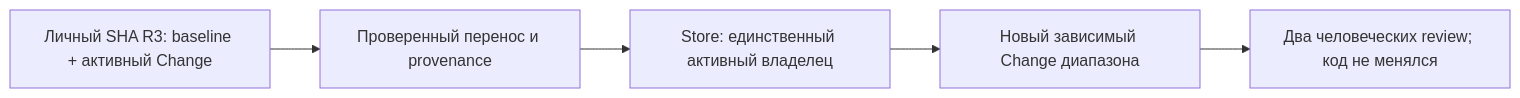
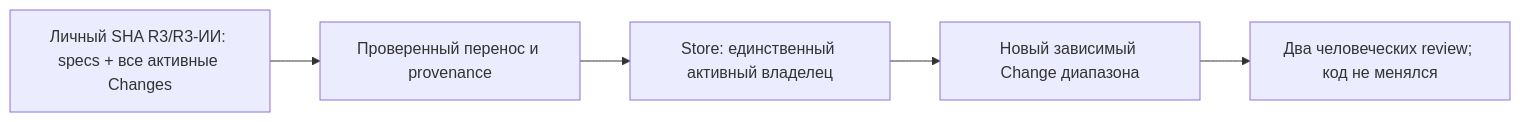
Before and after one commit to apolenkov/ai-pdlc-learning-stage-4-requirements: the diagram in docs/architecture/openspec-store-workset.md, drawn with Mermaid. The commit also changed other lines of this file and 13 other files, not shown here.

````diff
--- a/docs/architecture/openspec-store-workset.md
+++ b/docs/architecture/openspec-store-workset.md
@@ -15,7 +15,7 @@
 ```mermaid
 flowchart LR
-  R3["Личный SHA R3: baseline + активный Change"] --> V["Проверенный перенос и provenance"]
+  R3["Личный SHA R3/R3-ИИ: specs + все активные Changes"] --> V["Проверенный перенос и provenance"]
   V --> S["Store: единственный активный владелец"]
   S --> C["Новый зависимый Change диапазона"]
   C --> H["Два человеческих review; код не менялся"]
 ```
````
